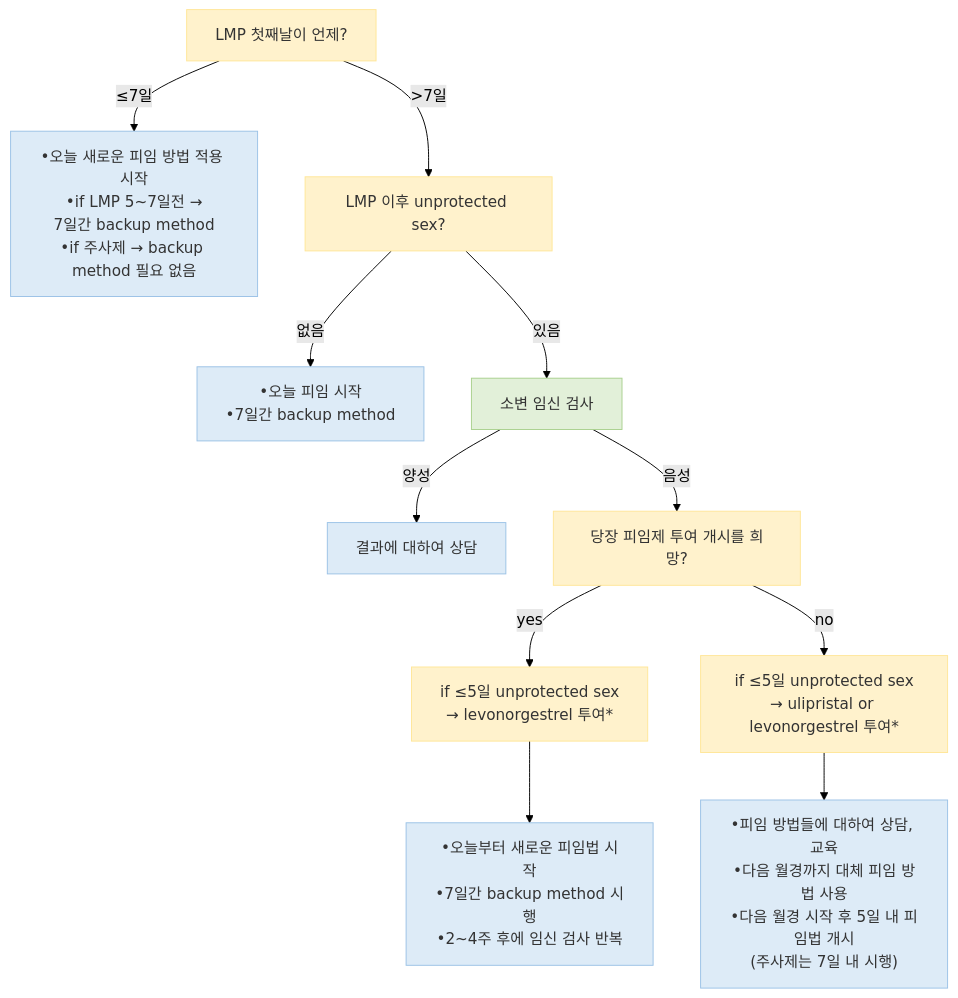
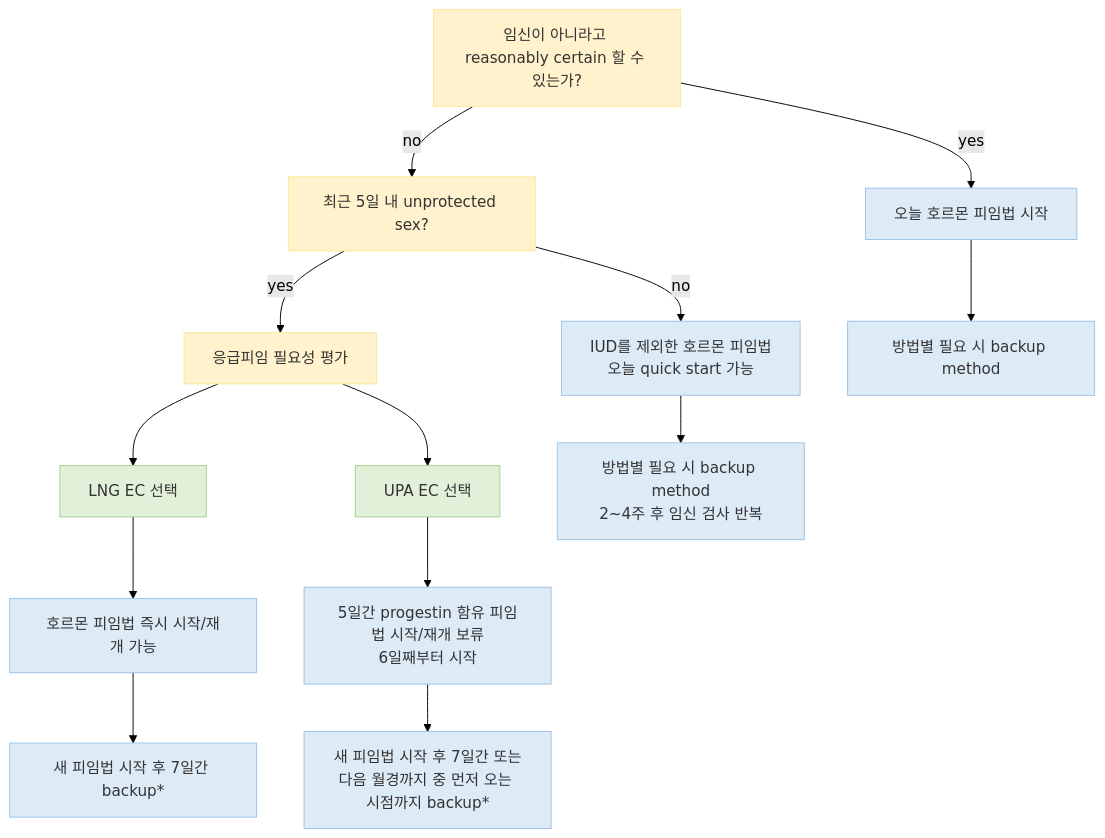
One commit to familyoh77/familyoh77 changed the first of 2 diagrams in 227_/131_-contraception.md. Above: the diagram before and after it, drawn with Mermaid (forest theme). The commit also changed other lines of this file, not shown here.

````diff
--- a/227_/131_-contraception.md
+++ b/227_/131_-contraception.md
@@ -112,28 +136,29 @@
 ```mermaid
 flowchart TD
-    A["LMP 첫째날이 언제?"]
+    A["임신이 아니라고 reasonably certain 할 수 있는가?"]
 
-    A -- "≤7일" --> B1["•오늘 새로운 피임 방법 적용 시작<br>•if LMP 5~7일전 →<br>7일간 backup method<br>•if 주사제 → backup method 필요 없음"]
-    A -- ">7일" --> B2["LMP 이후 unprotected sex?"]
+    A -- "yes" --> B["오늘 호르몬 피임법 시작"]
+    A -- "no" --> C["최근 5일 내 unprotected sex?"]
 
-    B2 -- "없음" --> C1["•오늘 피임 시작<br>•7일간 backup method"]
-    B2 -- "있음" --> C2["소변 임신 검사"]
+    C -- "no" --> D["IUD를 제외한 호르몬 피임법<br>오늘 quick start 가능"]
+    C -- "yes" --> E["응급피임 필요성 평가"]
 
-    C2 -- "양성" --> D1["결과에 대하여 상담"]
-    C2 -- "음성" --> D2["당장 피임제 투여 개시를 희망?"]
+    E --> F["LNG EC 선택"]
+    E --> G["UPA EC 선택"]
 
-    D2 -- "yes" --> E1["if ≤5일 unprotected sex<br>→ levonorgestrel 투여*"]
-    D2 -- "no" --> E2["if ≤5일 unprotected sex<br>→ ulipristal or levonorgestrel 투여*"]
+    F --> H["호르몬 피임법 즉시 시작/재개 가능"]
+    G --> I["5일간 progestin 함유 피임법 시작/재개 보류<br>6일째부터 시작"]
 
-    E1 --> F1["•오늘부터 새로운 피임법 시작<br>•7일간 backup method 시행<br>•2~4주 후에 임신 검사 반복"]
-    E2 --> F2["•피임 방법들에 대하여 상담, 교육<br>•다음 월경까지 대체 피임 방법 사용<br>•다음 월경 시작 후 5일 내 피임법 개시<br>(주사제는 7일 내 시행)"]
+    B --> J["방법별 필요 시 backup method"]
+    D --> K["방법별 필요 시 backup method<br>2~4주 후 임신 검사 반복"]
+    H --> L["새 피임법 시작 후 7일간 backup*"]
+    I --> M["새 피임법 시작 후 7일간 또는<br>다음 월경까지 중 먼저 오는 시점까지 backup*"]
 
-    %% 색상 및 스타일 지정
     classDef yellow fill:#FFF2CC,stroke:#FFE699,color:#333
     classDef green fill:#E2F0D9,stroke:#A9D08E,color:#333
     classDef blue fill:#DDEBF7,stroke:#9BC2E6,color:#333
 
-    class A,B2,D2,E1,E2 yellow
-    class C2 green
-    class B1,C1,D1,F1,F2 blue
+    class A,C,E yellow
+    class F,G green
+    class B,D,H,I,J,K,L,M blue
 ```
````
